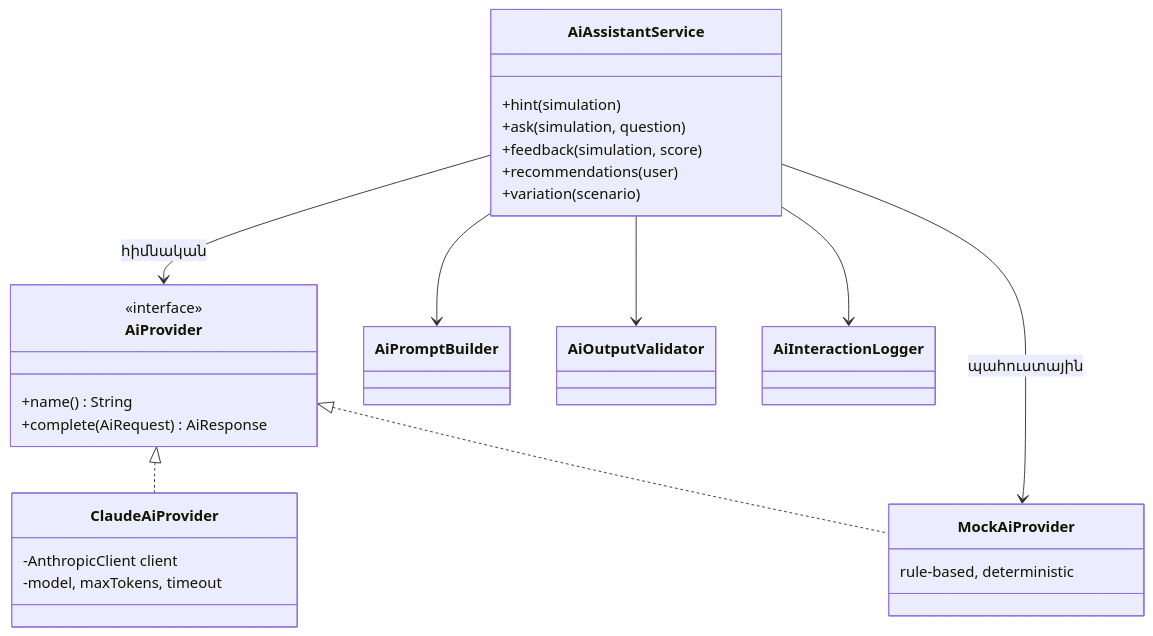
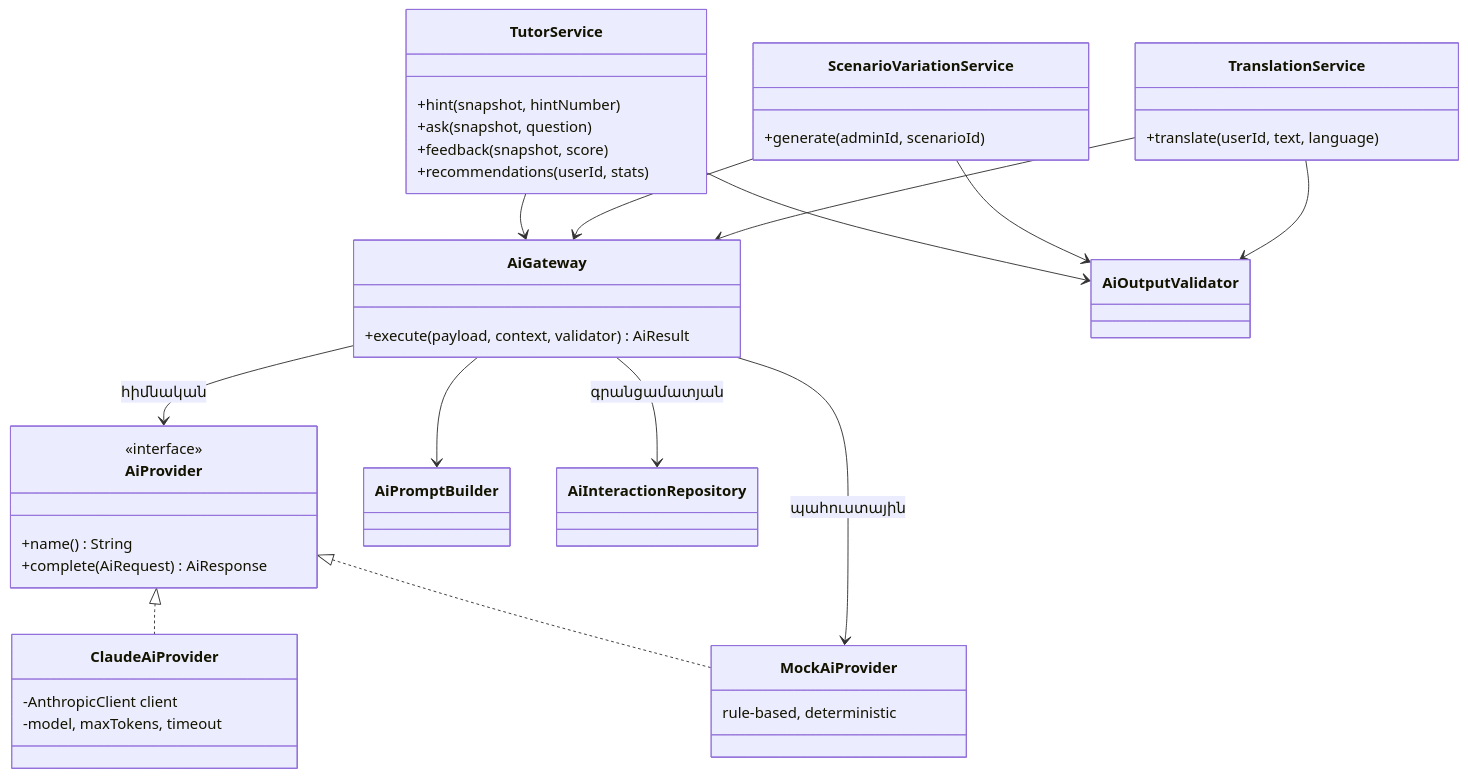
Before and after one commit to baghdasaryanzenfira-spec/cyber-sim: the first of 2 diagrams in docs/hy/09-ai-integration.md, drawn with Mermaid. The commit also changed other lines of this file and 61 other files, not shown here.

````diff
--- a/docs/hy/09-ai-integration.md
+++ b/docs/hy/09-ai-integration.md
@@ -20,32 +46,45 @@
 ```mermaid
 classDiagram
   class AiProvider {
     <<interface>>
     +name() String
     +complete(AiRequest) AiResponse
   }
   class ClaudeAiProvider {
     -AnthropicClient client
     -model, maxTokens, timeout
   }
   class MockAiProvider {
     rule-based, deterministic
   }
-  class AiAssistantService {
-    +hint(simulation)
-    +ask(simulation, question)
-    +feedback(simulation, score)
-    +recommendations(user)
-    +variation(scenario)
+  class AiGateway {
+    +execute(payload, context, validator) AiResult
+  }
+  class TutorService {
+    +hint(snapshot, hintNumber)
+    +ask(snapshot, question)
+    +feedback(snapshot, score)
+    +recommendations(userId, stats)
+  }
+  class ScenarioVariationService {
+    +generate(adminId, scenarioId)
+  }
+  class TranslationService {
+    +translate(userId, text, language)
   }
   class AiPromptBuilder
   class AiOutputValidator
-  class AiInteractionLogger
+  class AiInteractionRepository
   AiProvider <|.. ClaudeAiProvider
   AiProvider <|.. MockAiProvider
-  AiAssistantService --> AiProvider : հիմնական
-  AiAssistantService --> MockAiProvider : պահուստային
-  AiAssistantService --> AiPromptBuilder
-  AiAssistantService --> AiOutputValidator
-  AiAssistantService --> AiInteractionLogger
+  AiGateway --> AiProvider : հիմնական
+  AiGateway --> MockAiProvider : պահուստային
+  AiGateway --> AiPromptBuilder
+  AiGateway --> AiInteractionRepository : գրանցամատյան
+  TutorService --> AiGateway
+  TutorService --> AiOutputValidator
+  ScenarioVariationService --> AiGateway
+  ScenarioVariationService --> AiOutputValidator
+  TranslationService --> AiGateway
+  TranslationService --> AiOutputValidator
 ```
````
